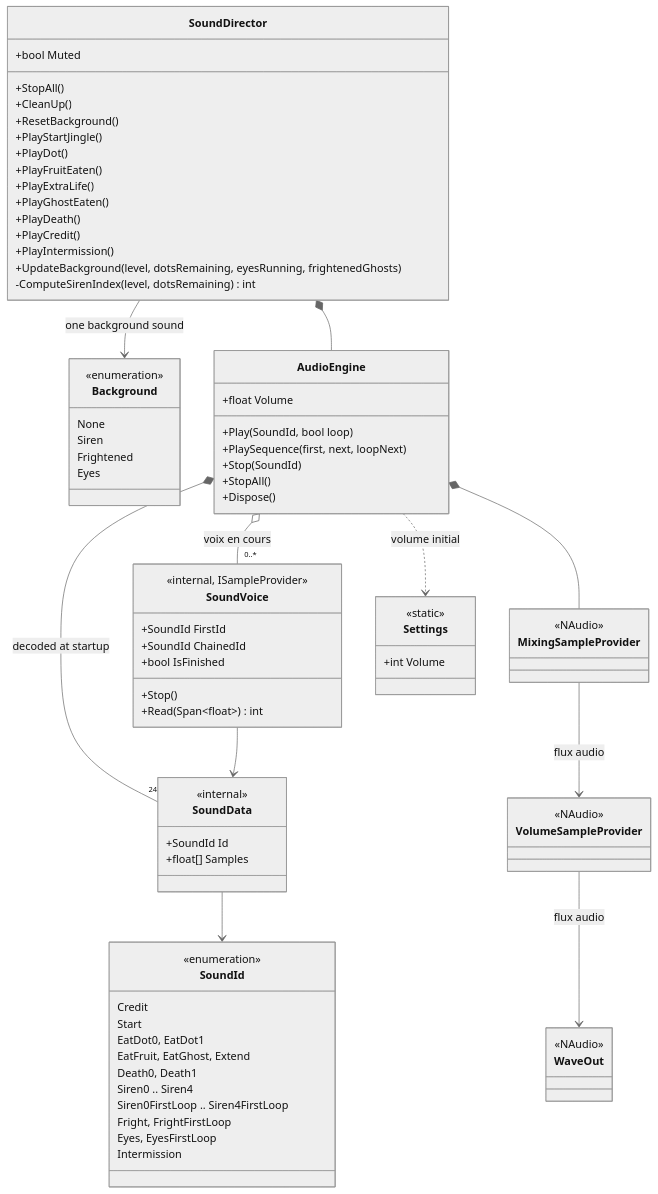
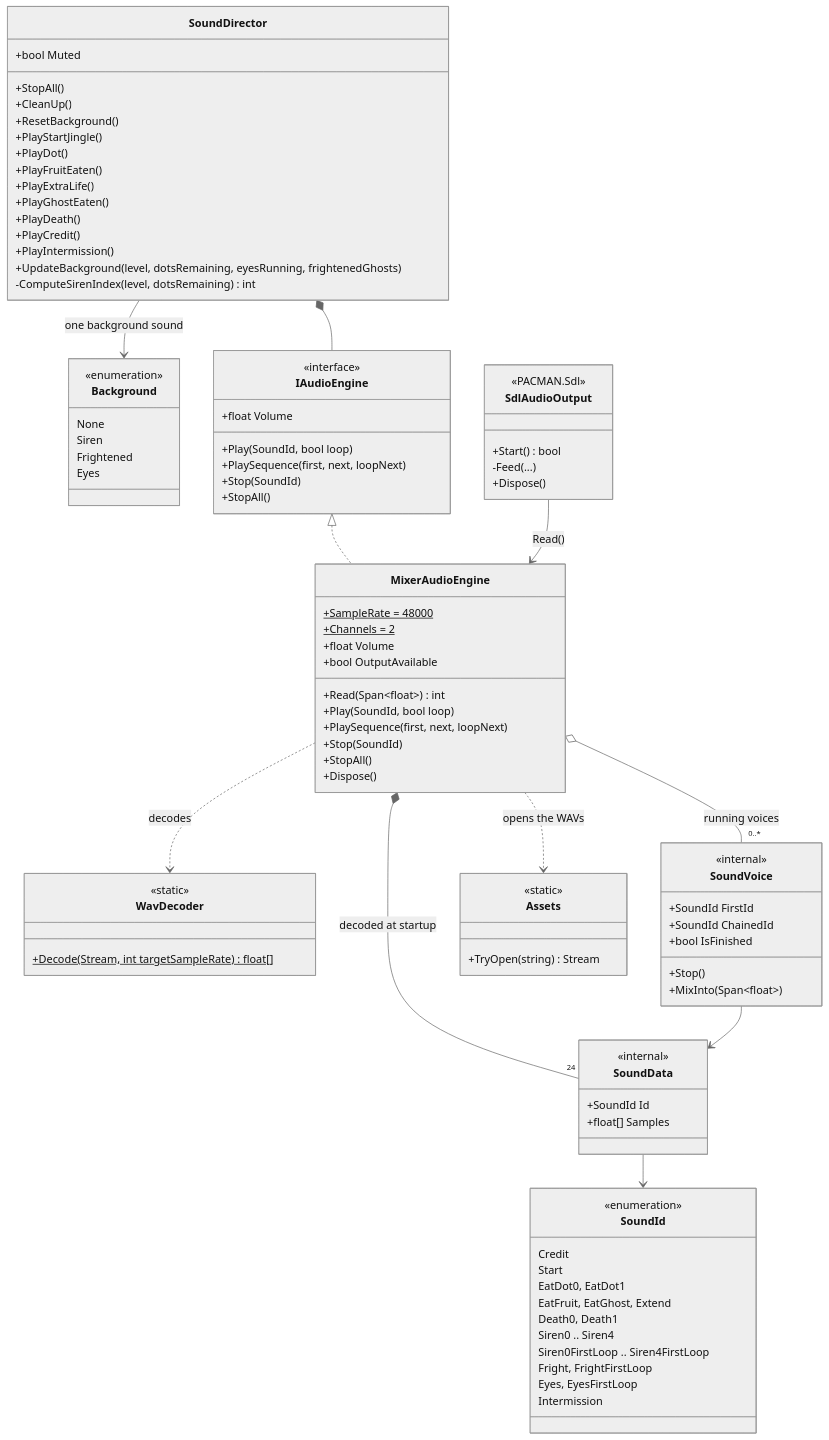
The seventh of 18 diagrams in docs/Pacman_UML_and_State_Diagrams_EN.md (Telev78/pacman), drawn with Mermaid (neutral theme) before and after one commit. The commit also changed other lines of this file and 36 other files, not shown here.

````diff
--- a/docs/Pacman_UML_and_State_Diagrams_EN.md
+++ b/docs/Pacman_UML_and_State_Diagrams_EN.md
@@ -619,21 +672,37 @@
     Frightened
     Eyes
   }
-  class AudioEngine {
+  class IAudioEngine {
+    <<interface>>
     +float Volume
+    +Play(SoundId, bool loop)
+    +PlaySequence(first, next, loopNext)
+    +Stop(SoundId)
+    +StopAll()
+  }
+  class MixerAudioEngine {
+    +SampleRate = 48000$
+    +Channels = 2$
+    +float Volume
+    +bool OutputAvailable
+    +Read(Span~float~) int
     +Play(SoundId, bool loop)
     +PlaySequence(first, next, loopNext)
     +Stop(SoundId)
     +StopAll()
     +Dispose()
   }
+  class WavDecoder {
+    <<static>>
+    +Decode(Stream, int targetSampleRate)$ float[]
+  }
   class SoundVoice {
-    <<internal, ISampleProvider>>
+    <<internal>>
     +SoundId FirstId
     +SoundId ChainedId
     +bool IsFinished
     +Stop()
-    +Read(Span~float~) int
+    +MixInto(Span~float~)
   }
   class SoundData {
     <<internal>>
@@ -653,28 +722,25 @@
     Eyes, EyesFirstLoop
     Intermission
   }
-  class MixingSampleProvider {
-    <<NAudio>>
+  class Assets {
+    <<static>>
+    +TryOpen(string) Stream
   }
-  class VolumeSampleProvider {
-    <<NAudio>>
-  }
-  class WaveOut {
-    <<NAudio>>
-  }
-  class Settings {
-    <<static>>
-    +int Volume
+  class SdlAudioOutput {
+    <<PACMAN.Sdl>>
+    +Start() bool
+    -Feed(...)
+    +Dispose()
   }
 
-  SoundDirector *-- AudioEngine
+  SoundDirector *-- IAudioEngine
   SoundDirector --> Background : one background sound
-  AudioEngine *-- "24" SoundData : decoded at startup
-  AudioEngine o-- "0..*" SoundVoice : voix en cours
+  IAudioEngine <|.. MixerAudioEngine
+  MixerAudioEngine *-- "24" SoundData : decoded at startup
+  MixerAudioEngine o-- "0..*" SoundVoice : running voices
+  MixerAudioEngine ..> WavDecoder : decodes
+  MixerAudioEngine ..> Assets : opens the WAVs
   SoundVoice --> SoundData
   SoundData --> SoundId
-  AudioEngine *-- MixingSampleProvider
-  MixingSampleProvider --> VolumeSampleProvider : flux audio
-  VolumeSampleProvider --> WaveOut : flux audio
-  AudioEngine ..> Settings : volume initial
+  SdlAudioOutput --> MixerAudioEngine : Read()
 ```
````
